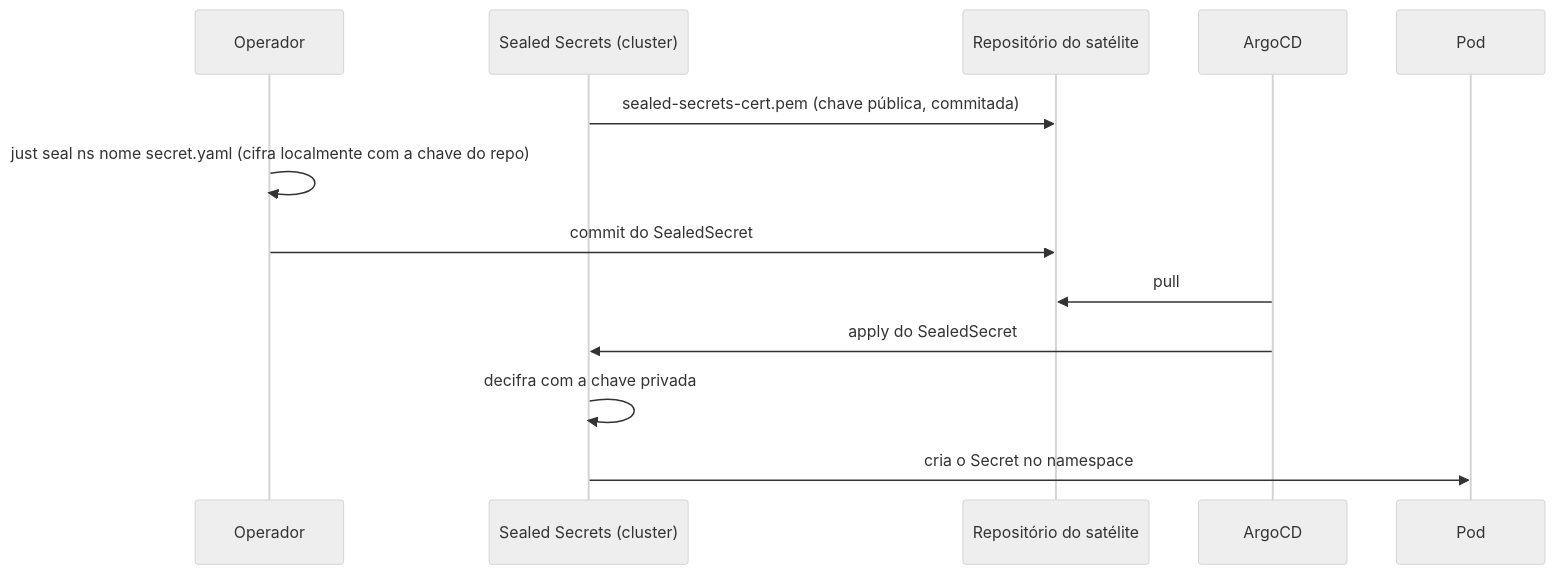
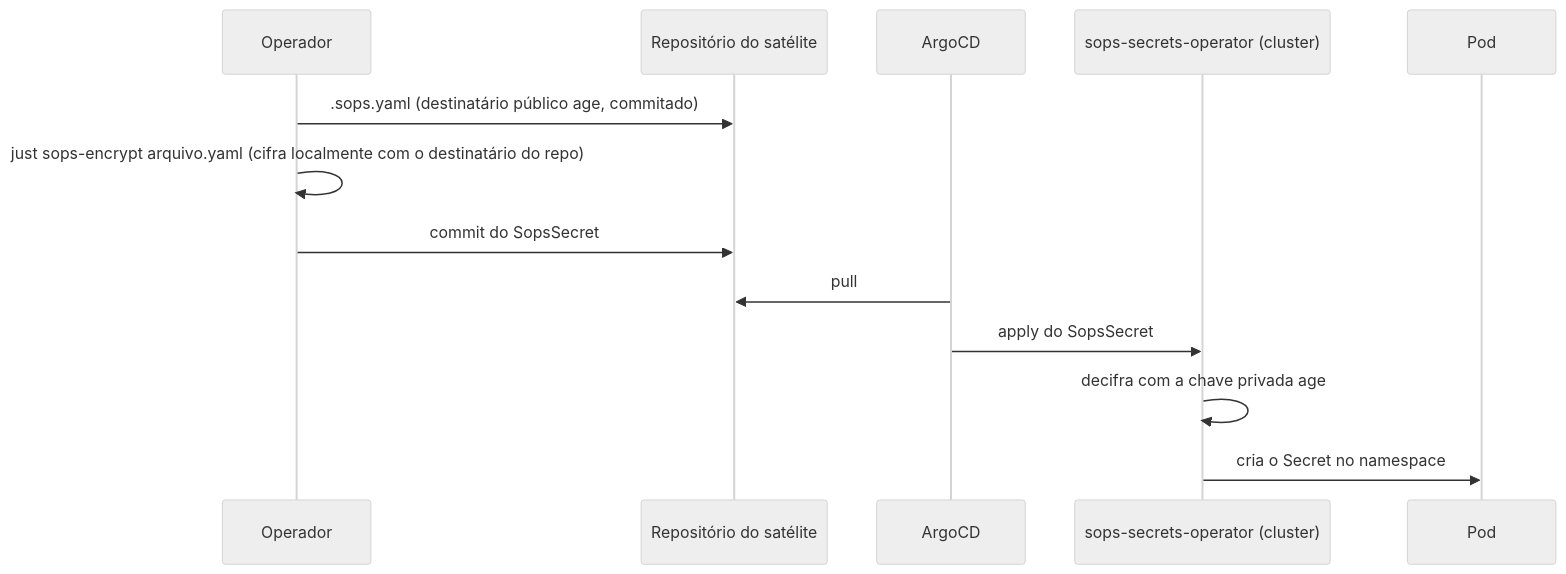
The second of 2 diagrams in docs/arquitetura/modelo-de-ameacas.md (guesant/hl-infrastructure), drawn with Mermaid (neutral theme) before and after one commit. The commit also changed other lines of this file and 36 other files, not shown here.

First line of the commit message:
refactor(secrets): replace Sealed Secrets with sops-secrets-operator

````diff
--- a/docs/arquitetura/modelo-de-ameacas.md
+++ b/docs/arquitetura/modelo-de-ameacas.md
@@ -59,15 +59,15 @@
 ```mermaid
 sequenceDiagram
     participant Op as Operador
-    participant SS as Sealed Secrets (cluster)
     participant Git as Repositório do satélite
     participant Argo as ArgoCD
+    participant SSO as sops-secrets-operator (cluster)
     participant Pod as Pod
-    SS->>Git: sealed-secrets-cert.pem (chave pública, commitada)
-    Op->>Op: just seal ns nome secret.yaml (cifra localmente com a chave do repo)
-    Op->>Git: commit do SealedSecret
+    Op->>Git: .sops.yaml (destinatário público age, commitado)
+    Op->>Op: just sops-encrypt arquivo.yaml (cifra localmente com o destinatário do repo)
+    Op->>Git: commit do SopsSecret
     Argo->>Git: pull
-    Argo->>SS: apply do SealedSecret
-    SS->>SS: decifra com a chave privada
-    SS->>Pod: cria o Secret no namespace
+    Argo->>SSO: apply do SopsSecret
+    SSO->>SSO: decifra com a chave privada age
+    SSO->>Pod: cria o Secret no namespace
 ```
````
